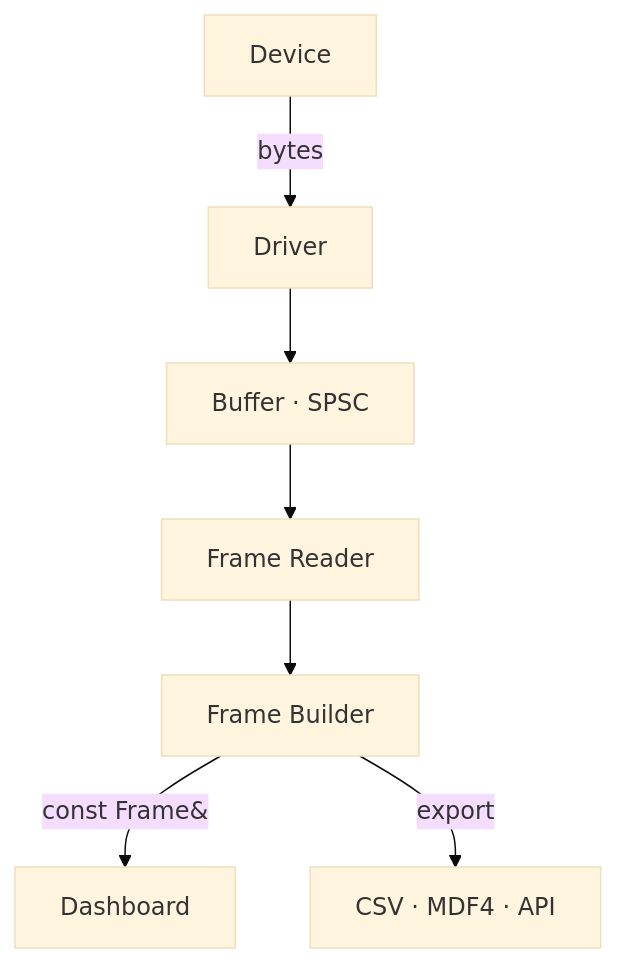
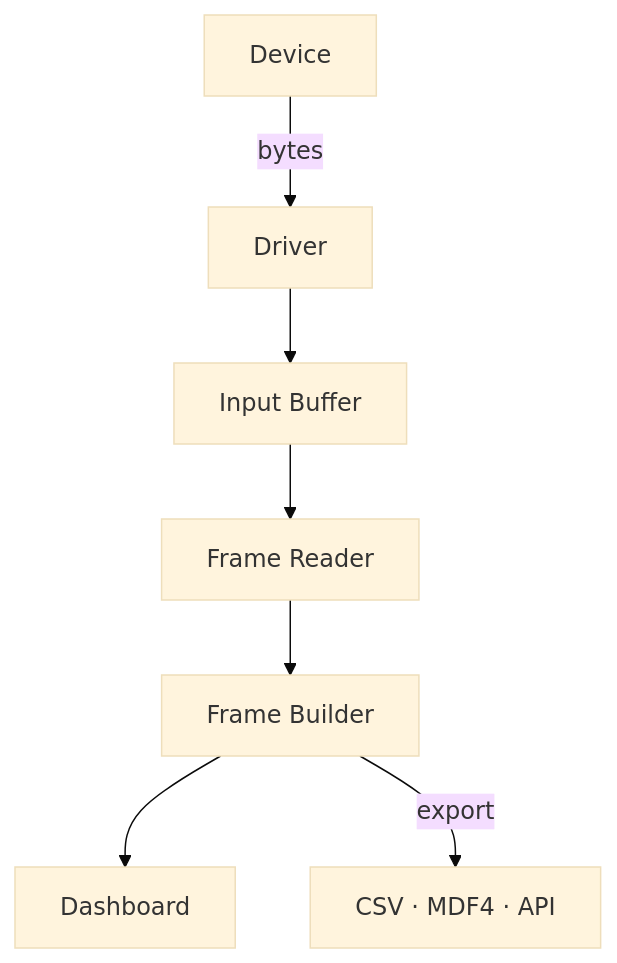
Before and after one commit to Serial-Studio/Serial-Studio: the diagram in doc/help/Data-Flow.md, drawn with Mermaid (base theme). The commit also changed other lines of this file and 21 other files, not shown here.

````diff
--- a/doc/help/Data-Flow.md
+++ b/doc/help/Data-Flow.md
@@ -11,9 +11,9 @@
 ```mermaid
 flowchart TD
     A["Device"] -->|bytes| B["Driver"]
-    B --> C["Buffer · SPSC"]
+    B --> C["Input Buffer"]
     C --> D["Frame Reader"]
     D --> E["Frame Builder"]
-    E -->|"const Frame&"| F["Dashboard"]
+    E --> F["Dashboard"]
     E -->|export| G["CSV · MDF4 · API"]
 ```
````
